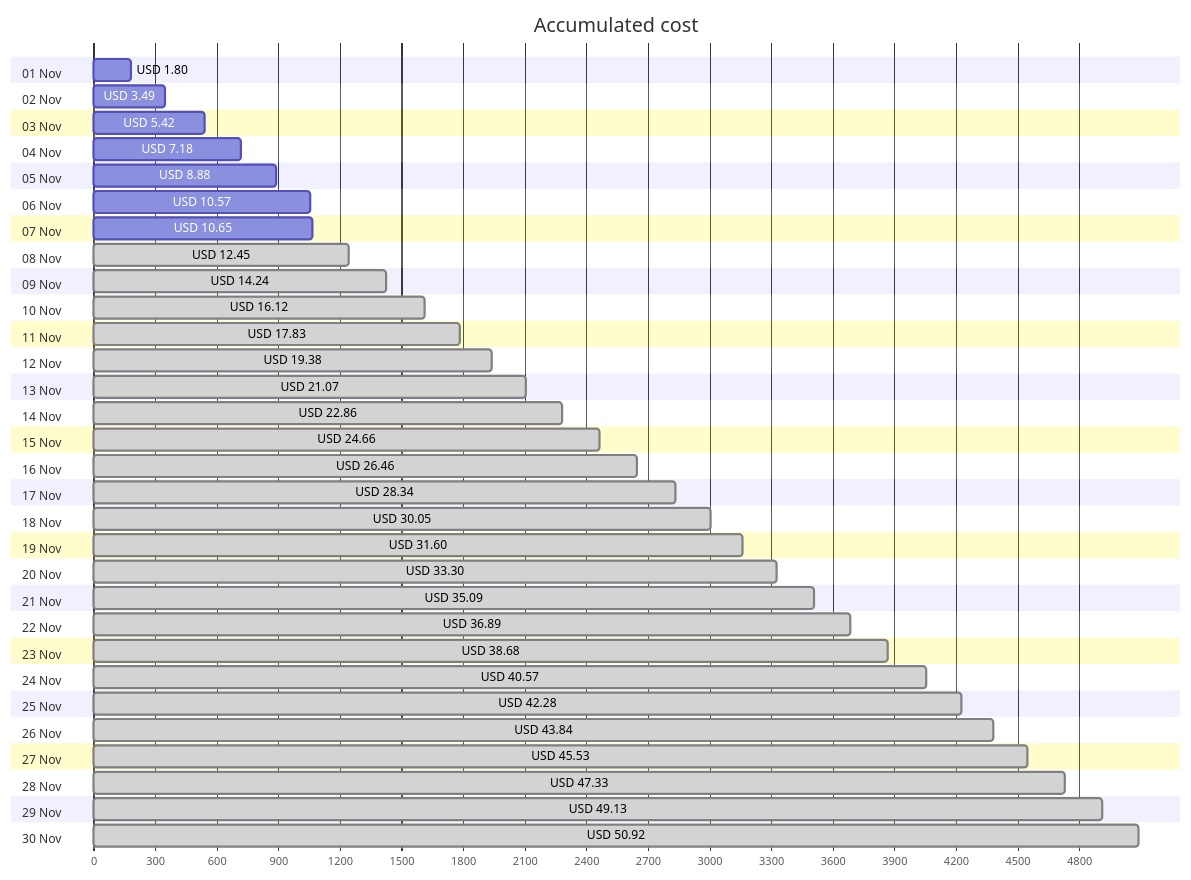
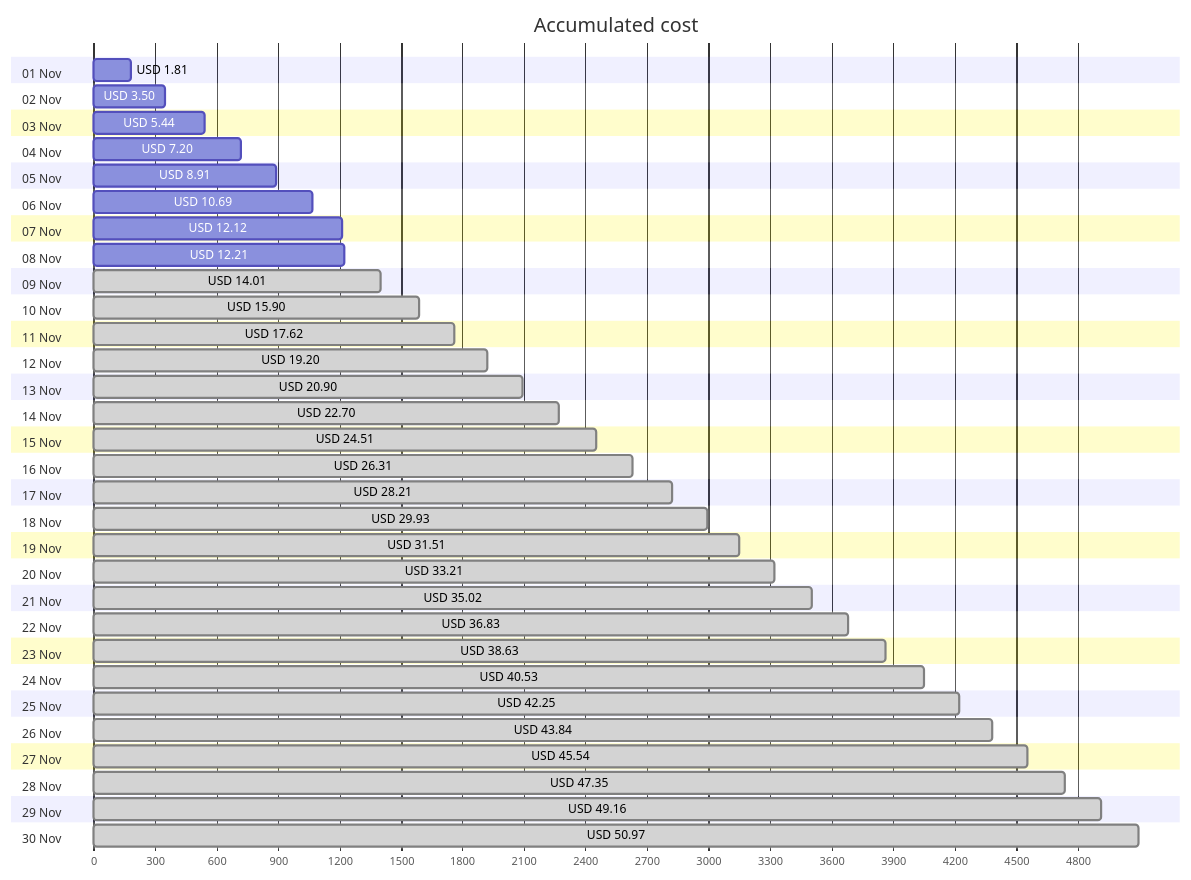
Before and after one commit to jpfulton/azure-personal-reports: the first of 4 diagrams in cost-reports/personal-network/README.md, drawn with Mermaid. The commit also changed other lines of this file and 8 other files, not shown here.

````diff
--- a/cost-reports/personal-network/README.md
+++ b/cost-reports/personal-network/README.md
@@ -20,66 +20,66 @@
 ```mermaid
 gantt
    title Accumulated cost
    dateFormat  X
    axisFormat %s
    section 01 Nov
-   USD 1.80 :0, 180
+   USD 1.81 :0, 181
    section 02 Nov
-   USD 3.49 :0, 349
+   USD 3.50 :0, 350
    section 03 Nov
-   USD 5.42 :0, 542
+   USD 5.44 :0, 544
    section 04 Nov
-   USD 7.18 :0, 718
+   USD 7.20 :0, 720
    section 05 Nov
-   USD 8.88 :0, 888
+   USD 8.91 :0, 891
    section 06 Nov
-   USD 10.57 :0, 1057
+   USD 10.69 :0, 1069
    section 07 Nov
-   USD 10.65 :0, 1065
+   USD 12.12 :0, 1212
    section 08 Nov
-   USD 12.45 : done, 0, 1245
+   USD 12.21 :0, 1221
    section 09 Nov
-   USD 14.24 : done, 0, 1424
+   USD 14.01 : done, 0, 1401
    section 10 Nov
-   USD 16.12 : done, 0, 1612
+   USD 15.90 : done, 0, 1590
    section 11 Nov
-   USD 17.83 : done, 0, 1783
+   USD 17.62 : done, 0, 1762
    section 12 Nov
-   USD 19.38 : done, 0, 1938
+   USD 19.20 : done, 0, 1920
    section 13 Nov
-   USD 21.07 : done, 0, 2107
+   USD 20.90 : done, 0, 2090
    section 14 Nov
-   USD 22.86 : done, 0, 2286
+   USD 22.70 : done, 0, 2270
    section 15 Nov
-   USD 24.66 : done, 0, 2466
+   USD 24.51 : done, 0, 2451
    section 16 Nov
-   USD 26.46 : done, 0, 2646
+   USD 26.31 : done, 0, 2631
    section 17 Nov
-   USD 28.34 : done, 0, 2834
+   USD 28.21 : done, 0, 2821
    section 18 Nov
-   USD 30.05 : done, 0, 3005
+   USD 29.93 : done, 0, 2993
    section 19 Nov
-   USD 31.60 : done, 0, 3160
+   USD 31.51 : done, 0, 3151
    section 20 Nov
-   USD 33.30 : done, 0, 3330
+   USD 33.21 : done, 0, 3321
    section 21 Nov
-   USD 35.09 : done, 0, 3509
+   USD 35.02 : done, 0, 3502
    section 22 Nov
-   USD 36.89 : done, 0, 3689
+   USD 36.83 : done, 0, 3683
    section 23 Nov
-   USD 38.68 : done, 0, 3868
+   USD 38.63 : done, 0, 3863
    section 24 Nov
-   USD 40.57 : done, 0, 4057
+   USD 40.53 : done, 0, 4053
    section 25 Nov
-   USD 42.28 : done, 0, 4228
+   USD 42.25 : done, 0, 4225
    section 26 Nov
    USD 43.84 : done, 0, 4384
    section 27 Nov
-   USD 45.53 : done, 0, 4553
+   USD 45.54 : done, 0, 4554
    section 28 Nov
-   USD 47.33 : done, 0, 4733
+   USD 47.35 : done, 0, 4735
    section 29 Nov
-   USD 49.13 : done, 0, 4913
+   USD 49.16 : done, 0, 4916
    section 30 Nov
-   USD 50.92 : done, 0, 5092
+   USD 50.97 : done, 0, 5097
 ```
````
